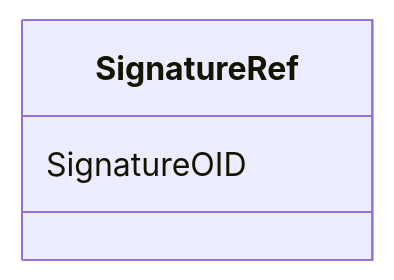
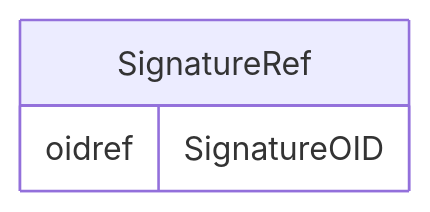
One commit to cdisc-org/DataExchange-ODM-LinkML changed the diagram in docs/SignatureRef.md. Above: the diagram before and after it, drawn with Mermaid. The commit also changed other lines of this file and 181 other files, not shown here.

Commit message:
ER diagrams working via templates and removing names with underscores

````diff
--- a/docs/SignatureRef.md
+++ b/docs/SignatureRef.md
@@ -14,7 +11,9 @@
 ```mermaid
- classDiagram
-    class SignatureRef
-      SignatureRef : SignatureOID
-        
-      
+erDiagram
+SignatureRef {
+    oidref SignatureOID  
+}
+
+
+
 ```
````
